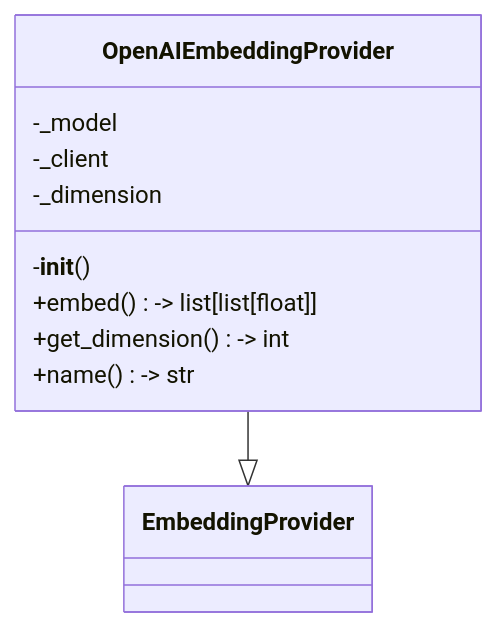
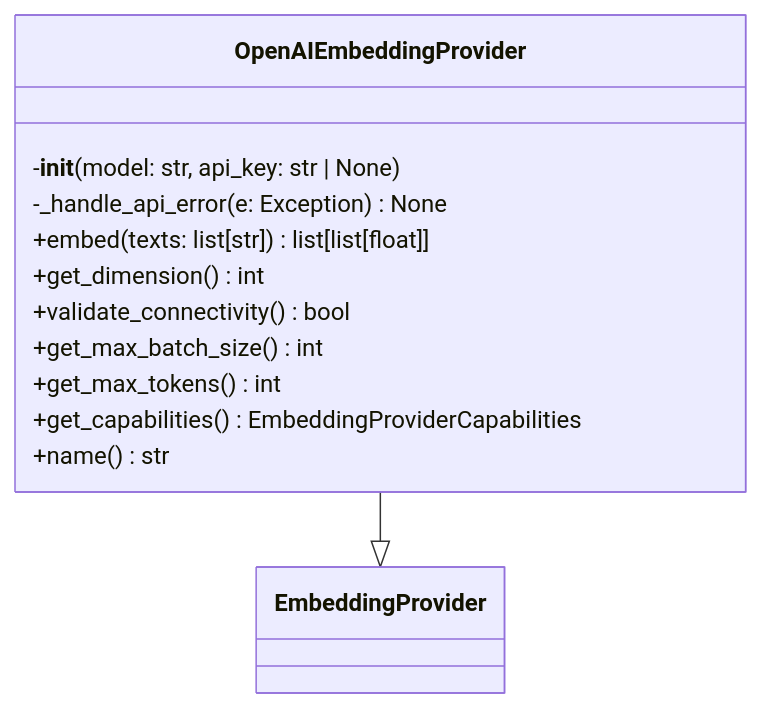
One commit to UrbanDiver/local-deepwiki-mcp changed the first of 2 diagrams in .deepwiki/files/src/local_deepwiki/providers/embeddings/openai.md. Above: the diagram before and after it, drawn with Mermaid. The commit also changed other lines of this file and 65 other files, not shown here.

````diff
--- a/.deepwiki/files/src/local_deepwiki/providers/embeddings/openai.md
+++ b/.deepwiki/files/src/local_deepwiki/providers/embeddings/openai.md
@@ -370,13 +422,15 @@
 ```mermaid
 classDiagram
     class OpenAIEmbeddingProvider {
-        -_model
-        -_client
-        -_dimension
-        -__init__()
-        +embed() -> list[list[float]]
-        +get_dimension() -> int
-        +name() -> str
+        -__init__(model: str, api_key: str | None)
+        -_handle_api_error(e: Exception) None
+        +embed(texts: list[str]) list[list[float]]
+        +get_dimension() int
+        +validate_connectivity() bool
+        +get_max_batch_size() int
+        +get_max_tokens() int
+        +get_capabilities() EmbeddingProviderCapabilities
+        +name() str
     }
     OpenAIEmbeddingProvider --|> EmbeddingProvider
 ```
````
